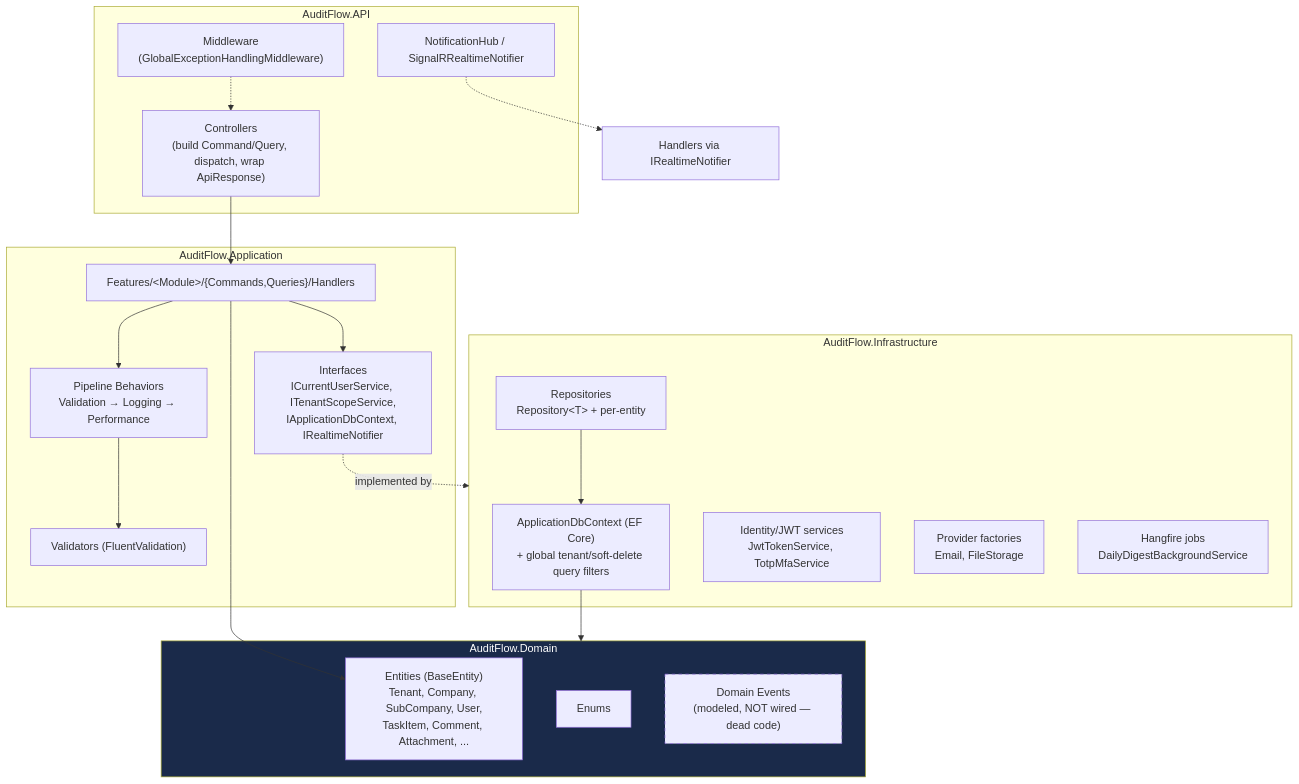
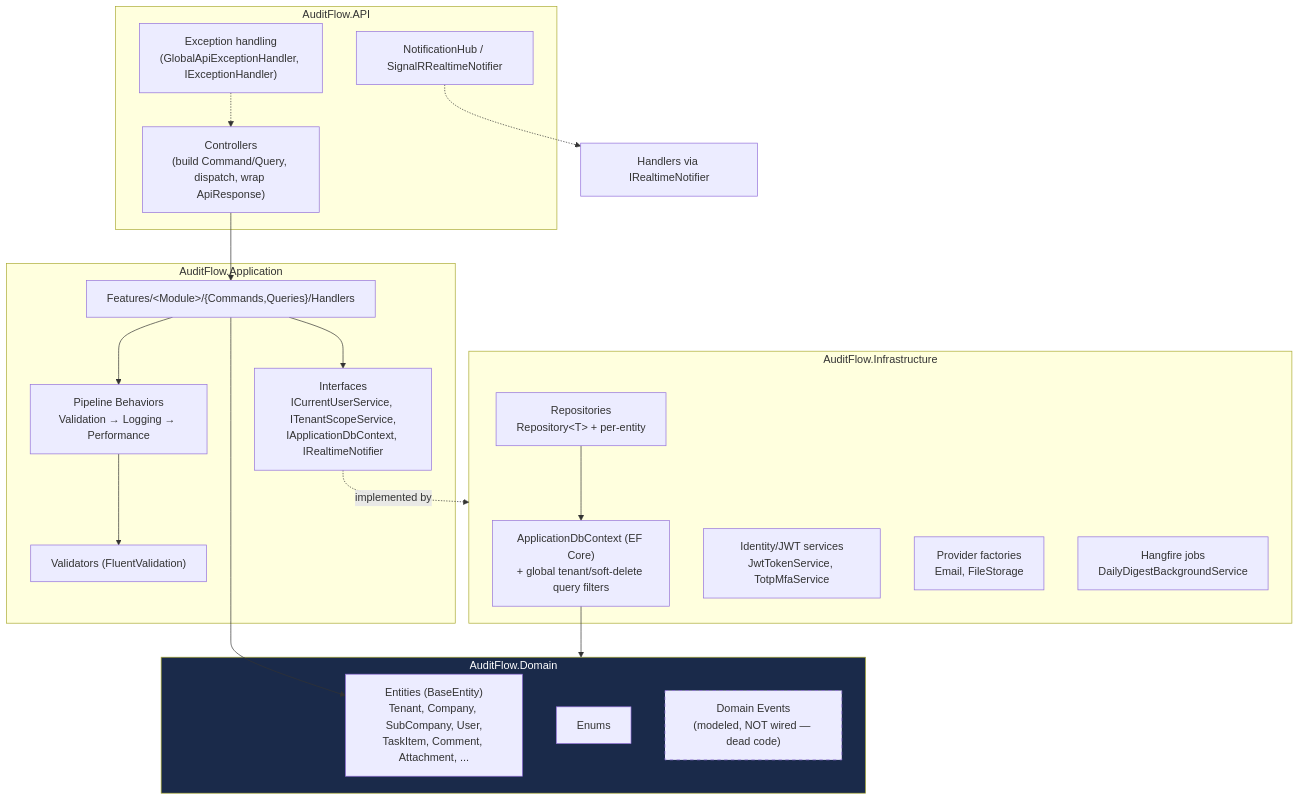
One commit to rvtech1991-hue/AuditFlow-Frontend changed the second of 7 diagrams in ARCHITECTURE.md. Above: the diagram before and after it, drawn with Mermaid. The commit also changed other lines of this file and 7 other files, not shown here.

````diff
--- a/ARCHITECTURE.md
+++ b/ARCHITECTURE.md
@@ -53,42 +53,42 @@
 ```mermaid
 flowchart TB
     subgraph API["AuditFlow.API"]
         C1["Controllers\n(build Command/Query, dispatch, wrap ApiResponse)"]
-        MID["Middleware\n(GlobalExceptionHandlingMiddleware)"]
+        MID["Exception handling\n(GlobalApiExceptionHandler, IExceptionHandler)"]
         HUB2["NotificationHub / SignalRRealtimeNotifier"]
     end
 
     subgraph APP["AuditFlow.Application"]
         FEAT["Features/&lt;Module&gt;/{Commands,Queries}/Handlers"]
         VAL["Validators (FluentValidation)"]
         PIPE["Pipeline Behaviors\nValidation → Logging → Performance"]
         IFACE["Interfaces\nICurrentUserService, ITenantScopeService,\nIApplicationDbContext, IRealtimeNotifier"]
     end
 
     subgraph INFRA["AuditFlow.Infrastructure"]
         EF["ApplicationDbContext (EF Core)\n+ global tenant/soft-delete query filters"]
         REPO["Repositories\nRepository&lt;T&gt; + per-entity"]
         IDENT["Identity/JWT services\nJwtTokenService, TotpMfaService"]
         PROV["Provider factories\nEmail, FileStorage"]
         BGJOB["Hangfire jobs\nDailyDigestBackgroundService"]
     end
 
     subgraph DOM["AuditFlow.Domain"]
         ENT["Entities (BaseEntity)\nTenant, Company, SubCompany, User,\nTaskItem, Comment, Attachment, ..."]
         ENUM["Enums"]
         EVT["Domain Events\n(modeled, NOT wired — dead code)"]
     end
 
     C1 --> FEAT
     MID -.-> C1
     FEAT --> PIPE
     PIPE --> VAL
     FEAT --> IFACE
     IFACE -.implemented by.-> INFRA
     FEAT --> ENT
     REPO --> EF --> DOM
     HUB2 -.-> HND2["Handlers via IRealtimeNotifier"]
 
     style DOM fill:#1a2a4a,color:#fff
     style EVT stroke-dasharray: 5 5
 ```
````
